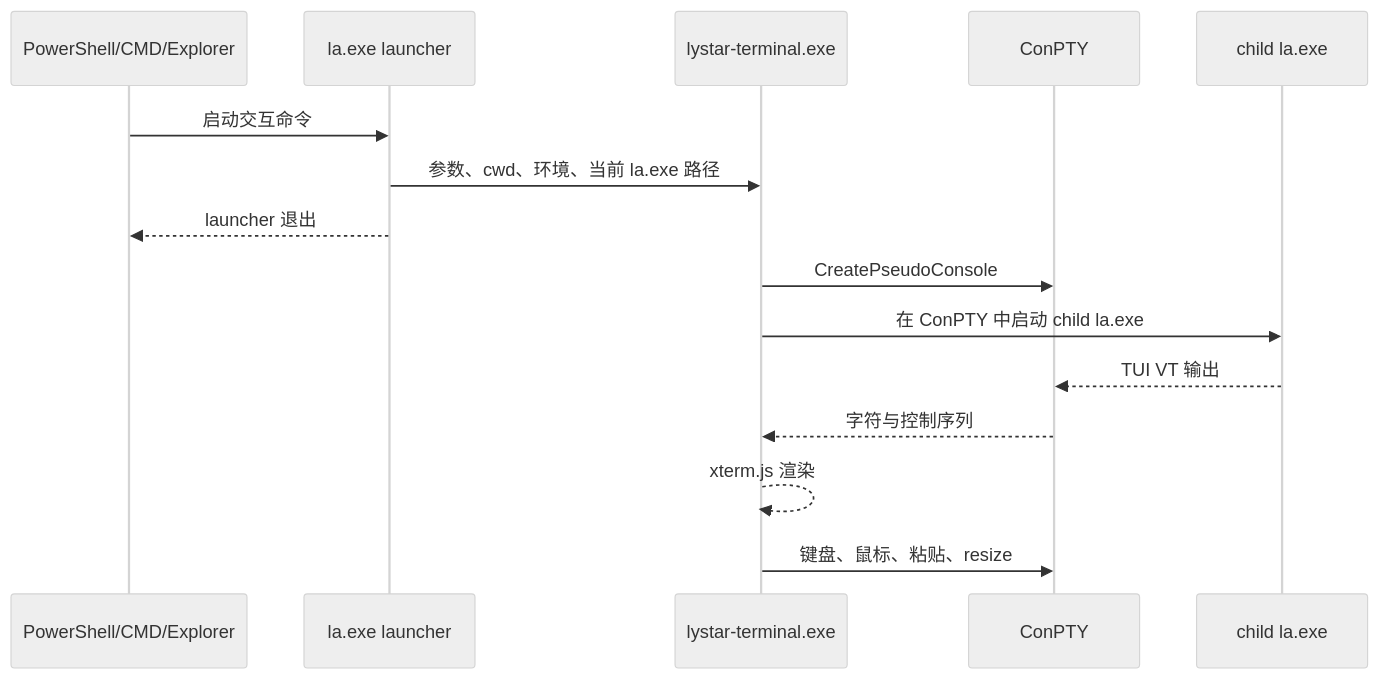
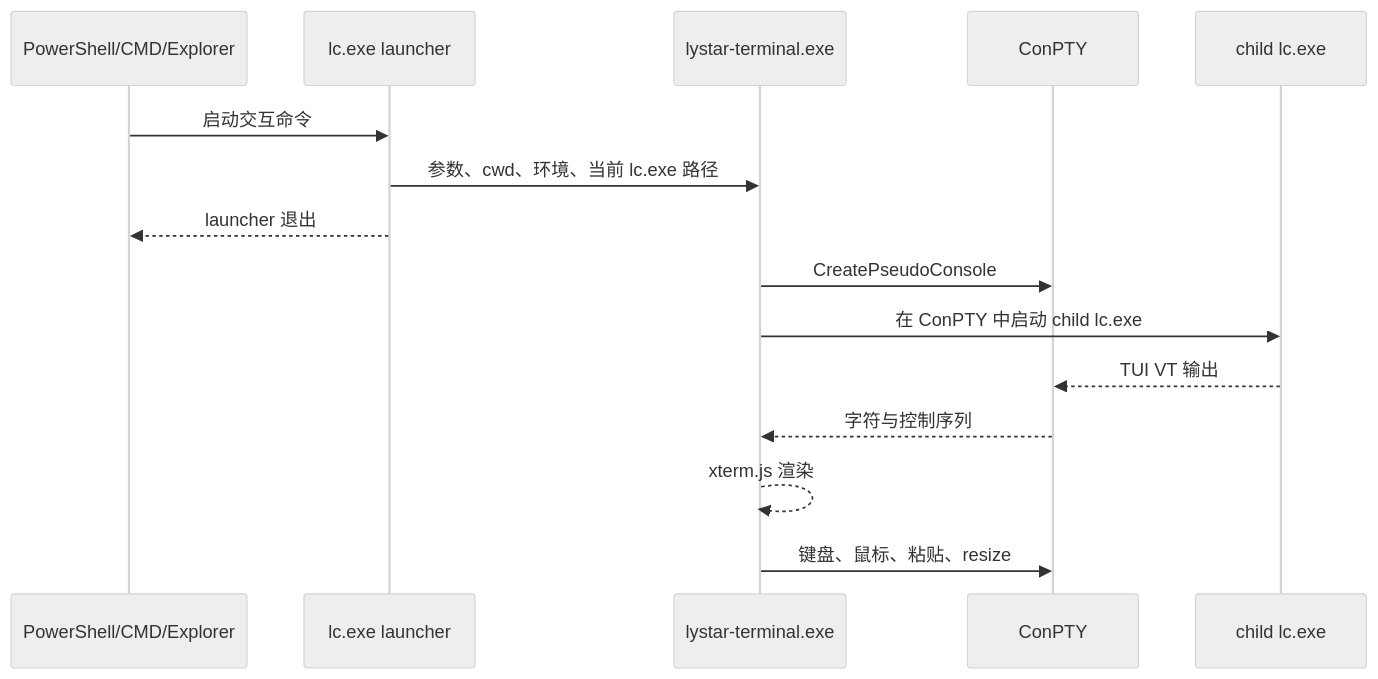
One commit to lystar-team/lystar-code changed the third of 3 diagrams in docs/responses-native-web-search-windows-bash-plan.md. Above: the diagram before and after it, drawn with Mermaid (neutral theme). The commit also changed other lines of this file and 64 other files, not shown here.

````diff
--- a/docs/responses-native-web-search-windows-bash-plan.md
+++ b/docs/responses-native-web-search-windows-bash-plan.md
@@ -515,18 +515,18 @@
 ```mermaid
 sequenceDiagram
     participant P as PowerShell/CMD/Explorer
-    participant L as la.exe launcher
+    participant L as lc.exe launcher
     participant H as lystar-terminal.exe
     participant C as ConPTY
-    participant A as child la.exe
+    participant A as child lc.exe
 
     P->>L: 启动交互命令
-    L->>H: 参数、cwd、环境、当前 la.exe 路径
+    L->>H: 参数、cwd、环境、当前 lc.exe 路径
     L-->>P: launcher 退出
     H->>C: CreatePseudoConsole
-    H->>A: 在 ConPTY 中启动 child la.exe
+    H->>A: 在 ConPTY 中启动 child lc.exe
     A-->>C: TUI VT 输出
     C-->>H: 字符与控制序列
     H-->>H: xterm.js 渲染
     H->>C: 键盘、鼠标、粘贴、resize
 ```
````
